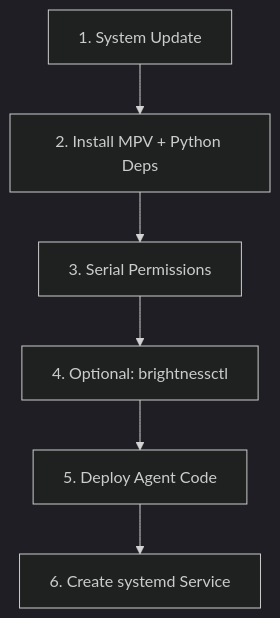
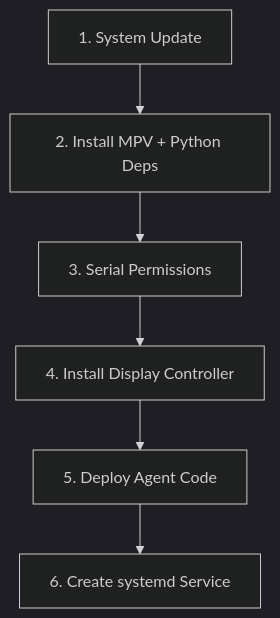
One commit to DevaBDM/Smart-Signage-System changed the second of 2 diagrams in pi-scripts/SETUP_SCRIPTS.md. Above: the diagram before and after it, drawn with Mermaid (dark theme). The commit also changed other lines of this file and 3 other files, not shown here.

````diff
--- a/pi-scripts/SETUP_SCRIPTS.md
+++ b/pi-scripts/SETUP_SCRIPTS.md
@@ -101,8 +103,8 @@
 ```mermaid
 flowchart TD
     A[1. System Update] --> B[2. Install MPV + Python Deps]
     B --> C[3. Serial Permissions]
-    C --> D[4. Optional: brightnessctl]
+    C --> D[4. Install Display Controller]
     D --> E[5. Deploy Agent Code]
     E --> F[6. Create systemd Service]
 ```
````
